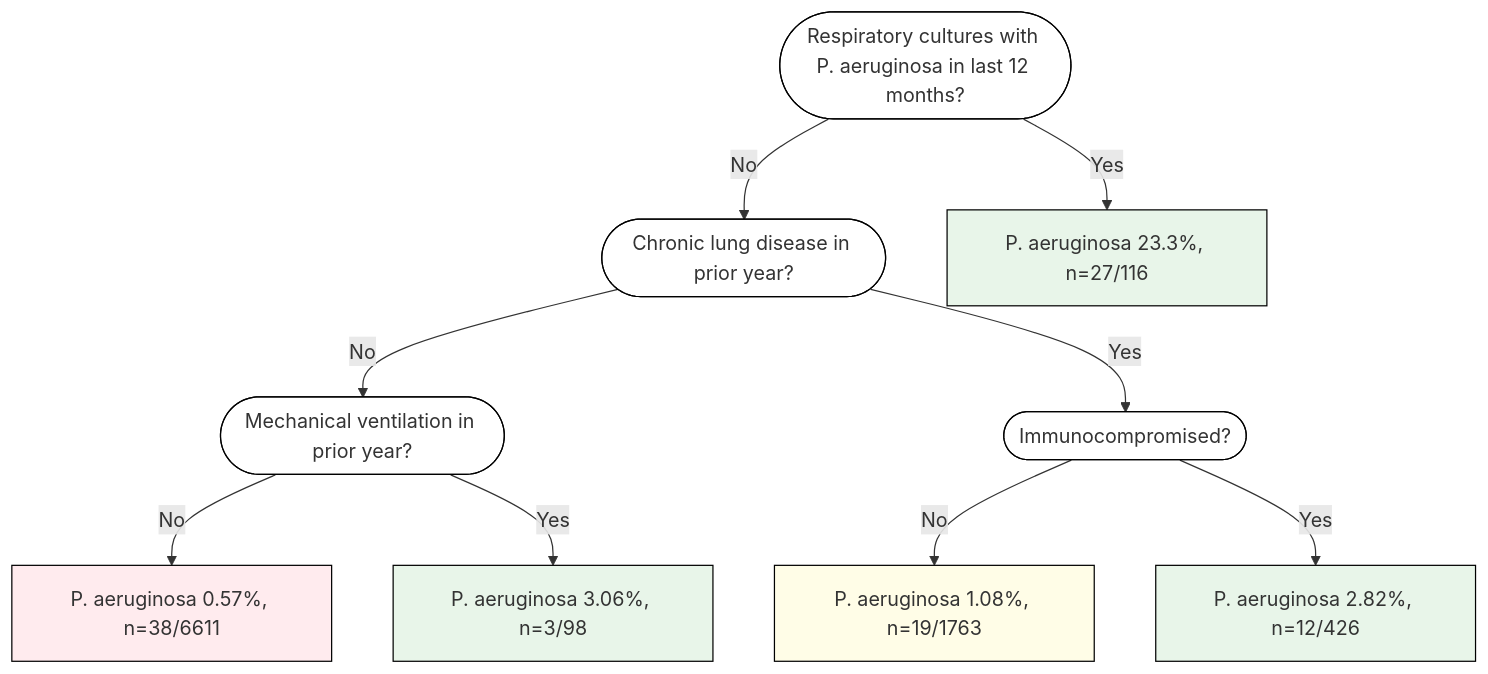
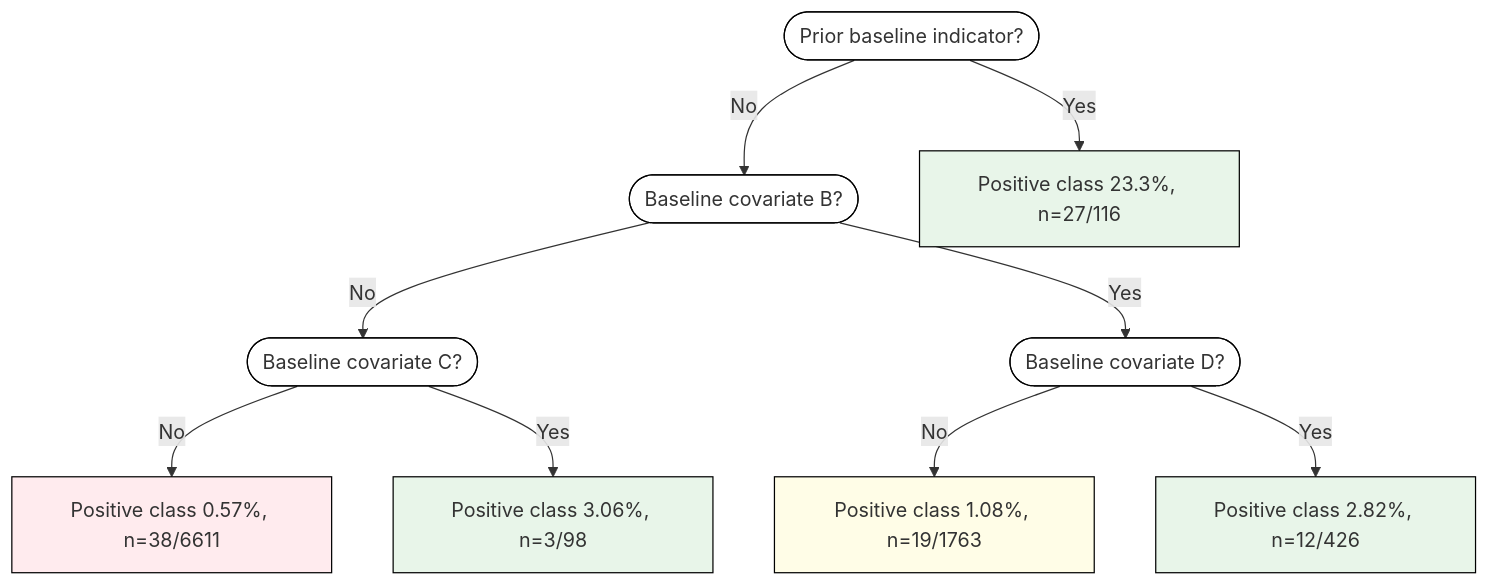
Before and after one commit to njrhodes/oda_r: the diagram in docs/ODACORE_VISION.md, drawn with Mermaid. The commit also changed 2 other files, not shown here.

Commit message:
docs: sanitize private staged-workflow references

````diff
--- a/docs/ODACORE_VISION.md
+++ b/docs/ODACORE_VISION.md
@@ -600,28 +600,28 @@
 ```mermaid
 ---
 config:
   theme: default
   themeVariables:
     fontSize: 16px
   layout: dagre
 ---
 flowchart TB
-    A(["Respiratory cultures with P. aeruginosa in last 12 months?"]) -- No --> B(["Chronic lung disease in prior year?"])
-    A -- Yes --> A1["P. aeruginosa 23.3%, n=27/116"]
-    B -- No --> D(["Mechanical ventilation in prior year?"])
-    B -- Yes --> C(["Immunocompromised?"])
-    C -- No --> C1["P. aeruginosa 1.08%, n=19/1763"]
-    C -- Yes --> B1["P. aeruginosa 2.82%, n=12/426"]
-    D -- No --> E1["P. aeruginosa 0.57%, n=38/6611"]
-    D -- Yes --> D1["P. aeruginosa 3.06%, n=3/98"]
+    A(["Prior baseline indicator?"]) -- No --> B(["Baseline covariate B?"])
+    A -- Yes --> A1["Positive class 23.3%, n=27/116"]
+    B -- No --> D(["Baseline covariate C?"])
+    B -- Yes --> C(["Baseline covariate D?"])
+    C -- No --> C1["Positive class 1.08%, n=19/1763"]
+    C -- Yes --> B1["Positive class 2.82%, n=12/426"]
+    D -- No --> E1["Positive class 0.57%, n=38/6611"]
+    D -- Yes --> D1["Positive class 3.06%, n=3/98"]
 
     style A  fill:#ffffff,stroke:#000000,stroke-width:1px
     style B  fill:#ffffff,stroke:#000000,stroke-width:1px
     style A1 fill:#e8f5e9,stroke:#000000,stroke-width:1px
     style D  fill:#ffffff,stroke:#000000,stroke-width:1px
     style C  fill:#ffffff,stroke:#000000,stroke-width:1px
     style C1 fill:#fffde7,stroke:#000000,stroke-width:1px
     style B1 fill:#e8f5e9,stroke:#000000,stroke-width:1px
     style E1 fill:#ffebee,stroke:#000000,stroke-width:1px
     style D1 fill:#e8f5e9,stroke:#000000,stroke-width:1px
 ```
````
